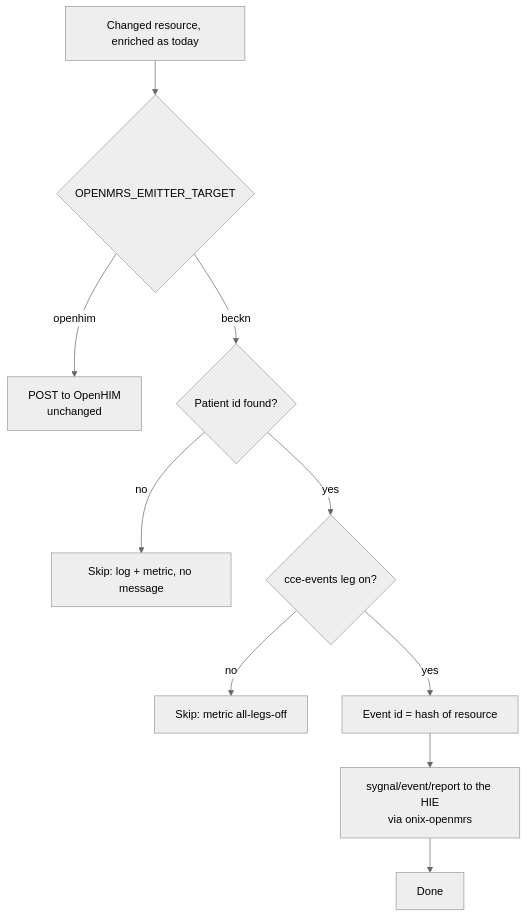
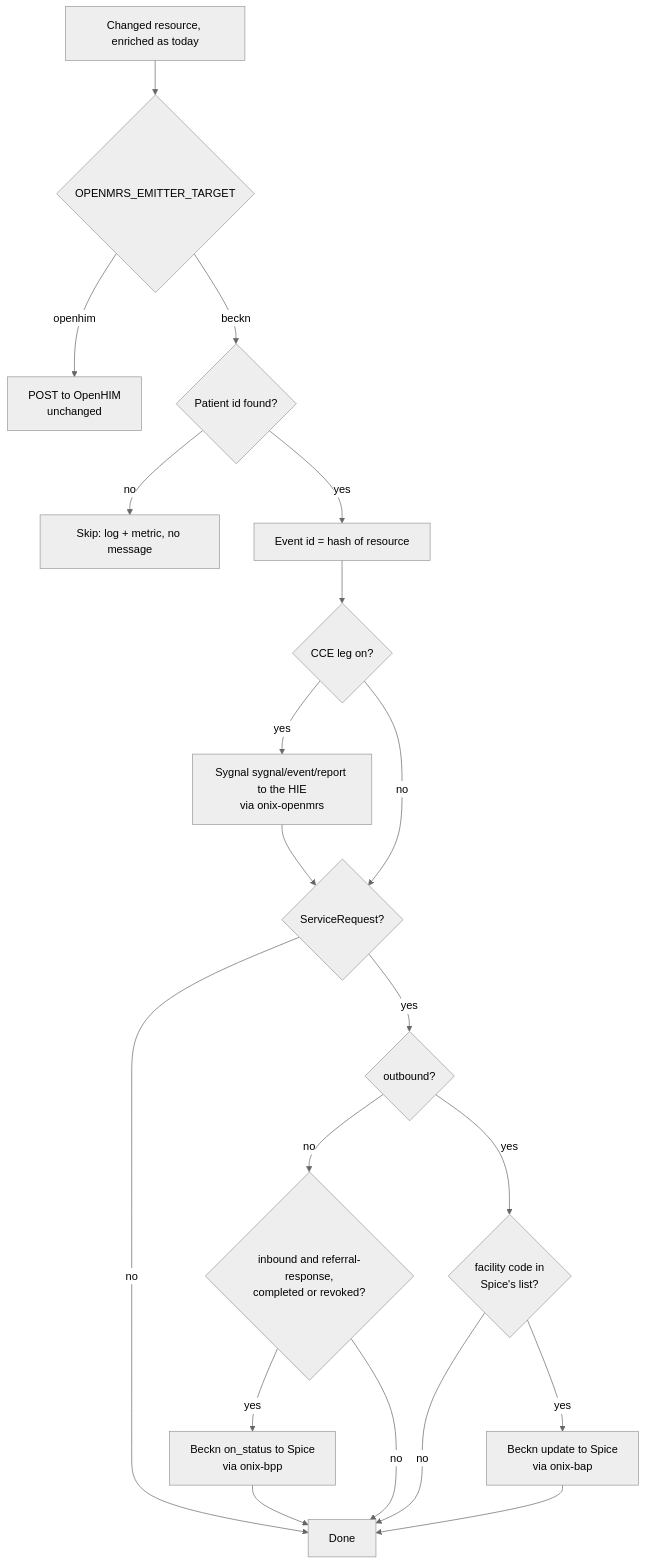
The fourth of 4 diagrams in docs/beckn-integration.md (Jayaprakash8887/openmrs-cce-emitter-adaptor), drawn with Mermaid (neutral theme) before and after one commit. The commit also changed other lines of this file and 26 other files, not shown here.

````diff
--- a/docs/beckn-integration.md
+++ b/docs/beckn-integration.md
@@ -64,12 +176,22 @@
 ```mermaid
 flowchart TD
     A[Changed resource, enriched as today] --> M{OPENMRS_EMITTER_TARGET}
     M -- openhim --> OH[POST to OpenHIM<br/>unchanged]
     M -- beckn --> P{Patient id found?}
     P -- no --> F[Skip: log + metric, no message]
-    P -- yes --> C{cce-events leg on?}
-    C -- no --> F2[Skip: metric all-legs-off]
-    C -- yes --> ID[Event id = hash of resource]
-    ID --> R[sygnal/event/report to the HIE<br/>via onix-openmrs]
-    R --> DONE[Done]
+    P -- yes --> ID[Event id = hash of resource]
+    ID --> C{CCE leg on?}
+    C -- yes --> CU[Sygnal sygnal/event/report to the HIE<br/>via onix-openmrs]
+    C -- no --> K
+    CU --> K{ServiceRequest?}
+    K -- no --> DONE[Done]
+    K -- yes --> OB{outbound?}
+    OB -- no --> RR{inbound and referral-response,<br/>completed or revoked?}
+    RR -- yes --> OS[Beckn on_status to Spice<br/>via onix-bpp]
+    RR -- no --> DONE
+    OB -- yes --> FC{facility code in<br/>Spice's list?}
+    FC -- no --> DONE
+    FC -- yes --> SU[Beckn update to Spice<br/>via onix-bap]
+    OS --> DONE
+    SU --> DONE
 ```
````
